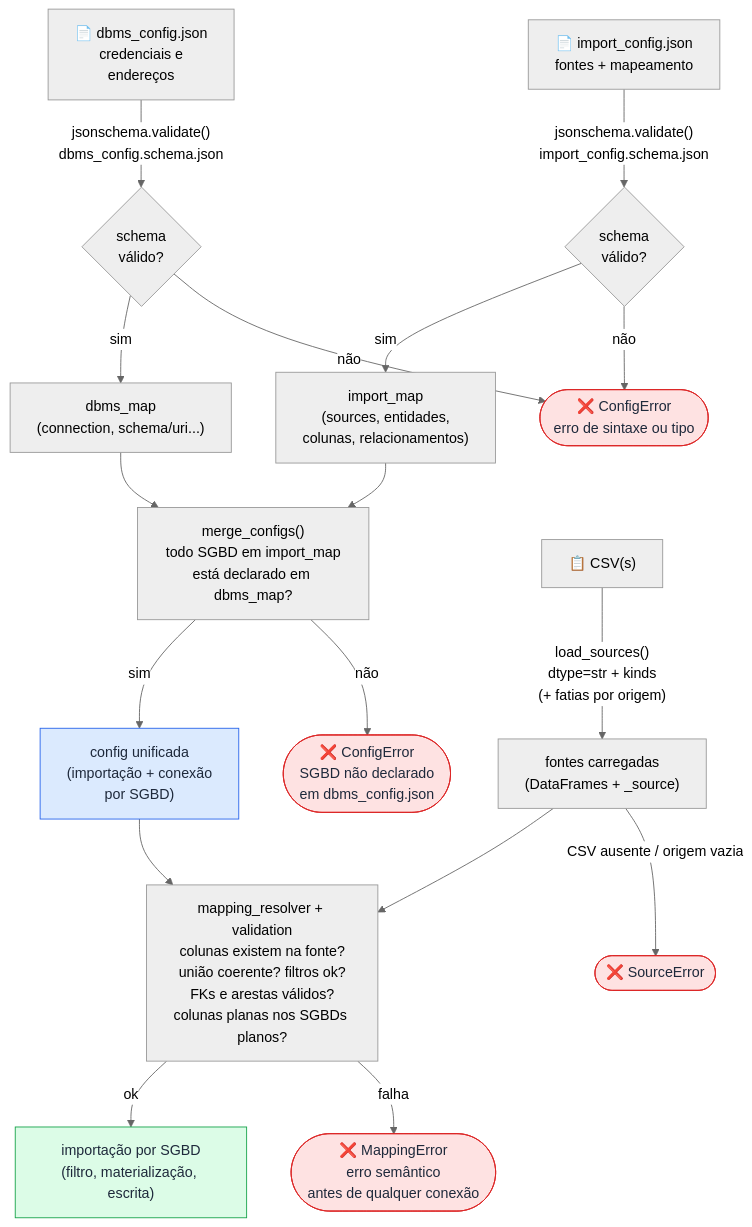
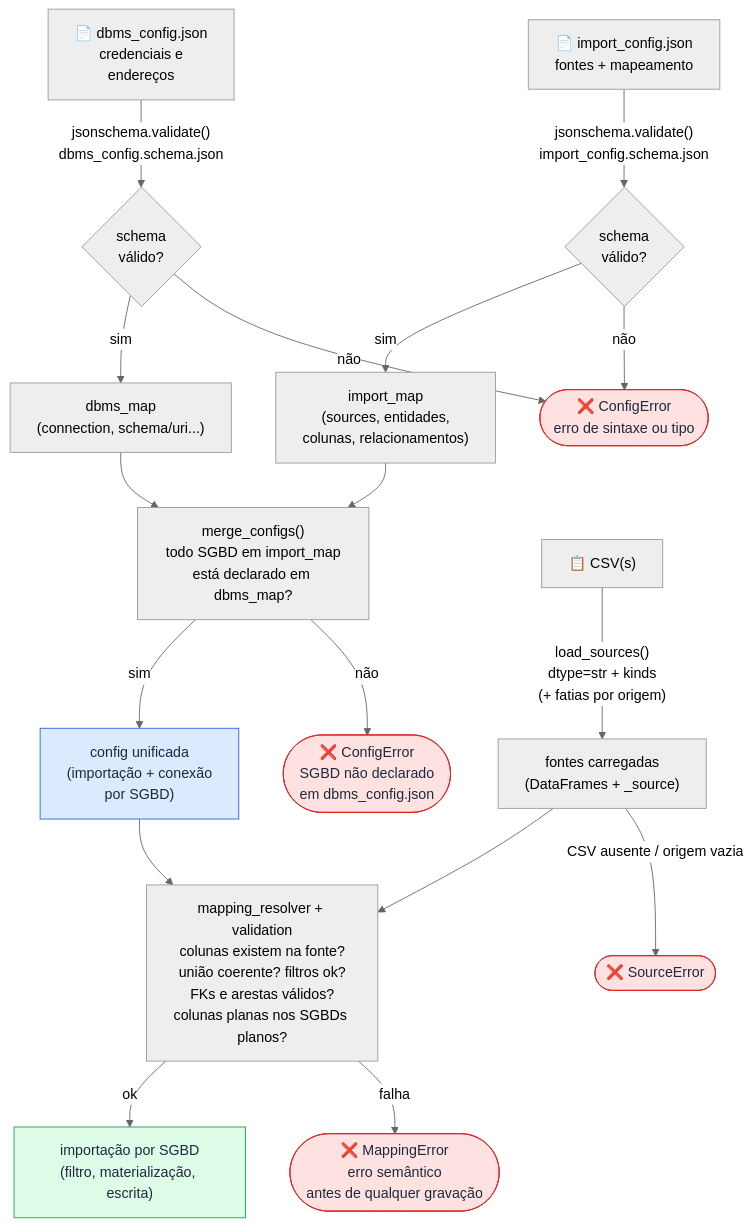
One commit to lucasbc92/polyglot-import-csv changed the diagram in docs-tcc/images/figure10-config-pipeline.mmd. Above: the diagram before and after it, drawn with Mermaid (neutral theme). The commit also changed 10 other files, not shown here.

```diff
--- a/docs-tcc/images/figure10-config-pipeline.mmd
+++ b/docs-tcc/images/figure10-config-pipeline.mmd
@@ -1,32 +1,32 @@
 flowchart TD
     A["📄 import_config.json\nfontes + mapeamento"] -->|"jsonschema.validate()\nimport_config.schema.json"| B{schema\nválido?}
     C["📄 dbms_config.json\ncredenciais e\nendereços"] -->|"jsonschema.validate()\ndbms_config.schema.json"| D{schema\nválido?}
 
     B -->|não| E(["❌ ConfigError\nerro de sintaxe ou tipo"])
     D -->|não| E
 
     B -->|sim| F["import_map\n(sources, entidades,\ncolunas, relacionamentos)"]
     D -->|sim| G["dbms_map\n(connection, schema/uri...)"]
 
     F --> H["merge_configs()\ntodo SGBD em import_map\nestá declarado em dbms_map?"]
     G --> H
 
     H -->|não| I(["❌ ConfigError\nSGBD não declarado\nem dbms_config.json"])
     H -->|sim| J["config unificada\n(importação + conexão\npor SGBD)"]
 
     K["📋 CSV(s)"] -->|"load_sources()\ndtype=str + kinds\n(+ fatias por origem)"| L["fontes carregadas\n(DataFrames + _source)"]
 
     L -->|"CSV ausente / origem vazia"| SE(["❌ SourceError"])
 
     J --> M["mapping_resolver + validation\ncolunas existem na fonte?\nunião coerente? filtros ok?\nFKs e arestas válidos?\ncolunas planas nos SGBDs planos?"]
     L --> M
 
-    M -->|falha| N(["❌ MappingError\nerro semântico\nantes de qualquer conexão"])
+    M -->|falha| N(["❌ MappingError\nerro semântico\nantes de qualquer gravação"])
     M -->|ok| O["importação por SGBD\n(filtro, materialização, escrita)"]
 
     style E fill:#fee2e2,stroke:#dc2626,color:#1e293b
     style I fill:#fee2e2,stroke:#dc2626,color:#1e293b
     style N fill:#fee2e2,stroke:#dc2626,color:#1e293b
     style SE fill:#fee2e2,stroke:#dc2626,color:#1e293b
     style O fill:#dcfce7,stroke:#16a34a,color:#1e293b
     style J fill:#dbeafe,stroke:#2563eb,color:#1e293b
```
